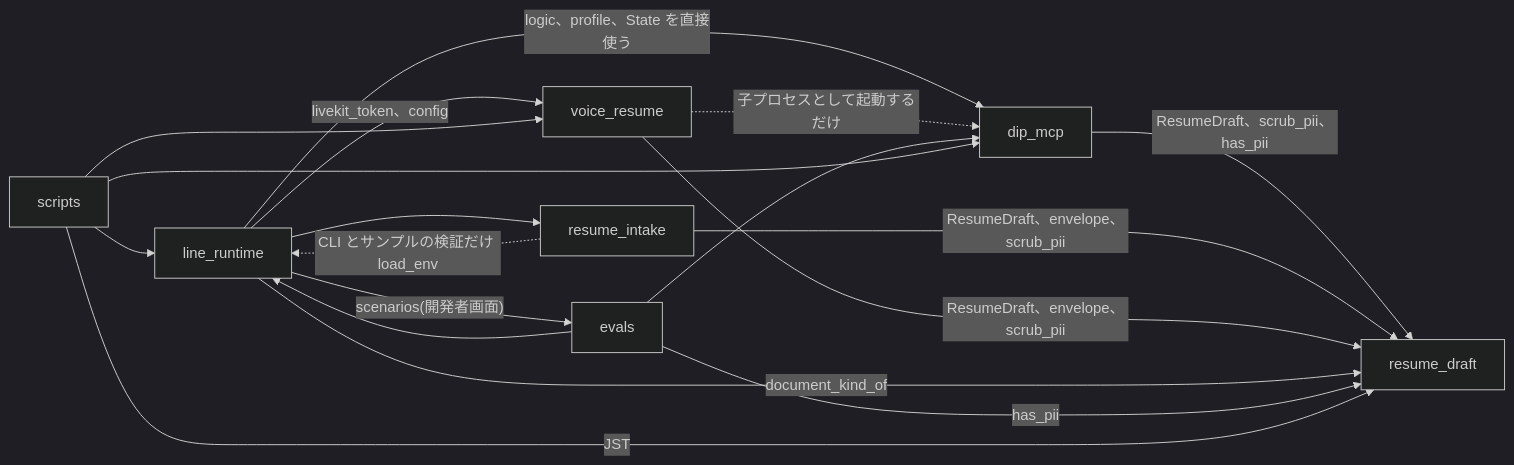
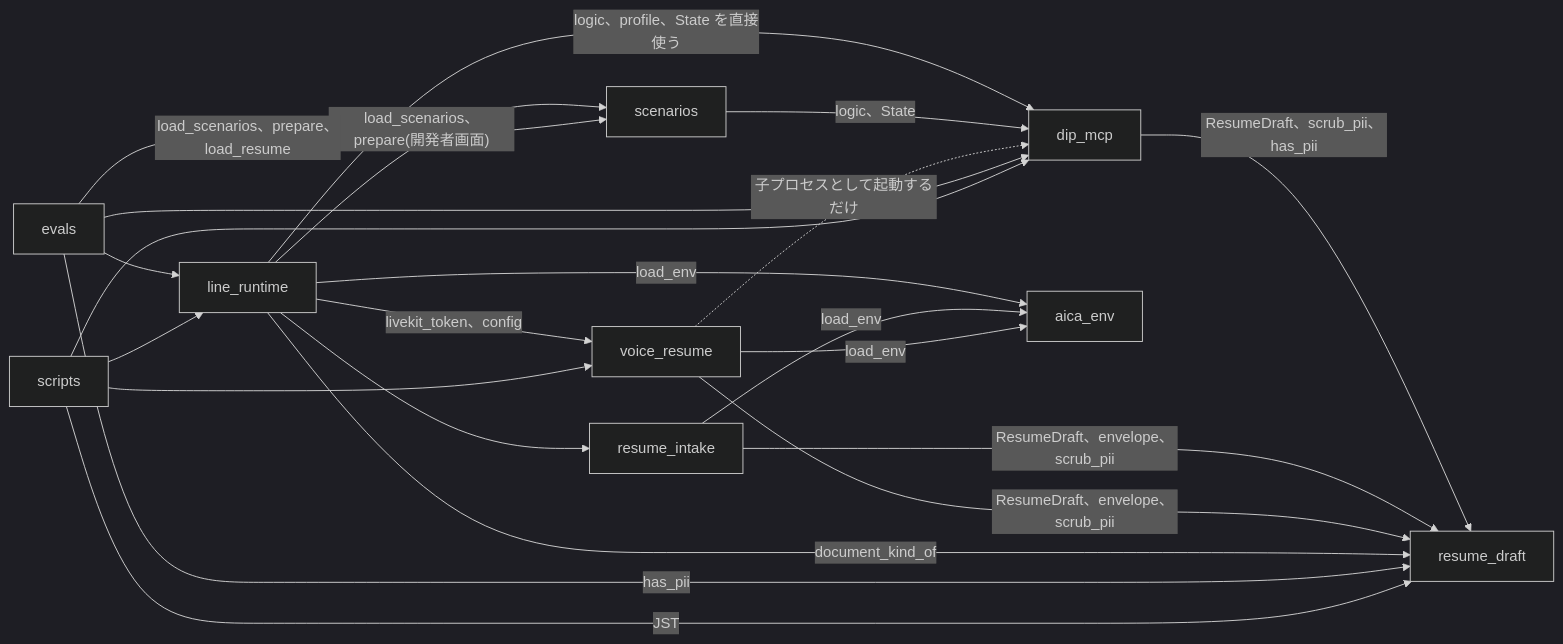
One commit to jyoka/aica changed the third of 8 diagrams in docs/architecture/hld.md. Above: the diagram before and after it, drawn with Mermaid (dark theme). The commit also changed other lines of this file and 30 other files, not shown here.

````diff
--- a/docs/architecture/hld.md
+++ b/docs/architecture/hld.md
@@ -250,28 +250,34 @@
 ```mermaid
 flowchart LR
     lr["line_runtime"]
     dm["dip_mcp"]
     ri["resume_intake"]
     vr["voice_resume"]
     rd["resume_draft"]
     ev["evals"]
     sc["scripts"]
+    sn["scenarios"]
+    ae["aica_env"]
 
     lr -- "logic、profile、State を直接使う" --> dm
-    lr -- "scenarios(開発者画面)" --> ev
+    lr -- "load_scenarios、prepare(開発者画面)" --> sn
+    ev -- "load_scenarios、prepare、load_resume" --> sn
+    sn -- "logic、State" --> dm
     lr --> ri
     lr -- "livekit_token、config" --> vr
     dm -- "ResumeDraft、scrub_pii、has_pii" --> rd
     ri -- "ResumeDraft、envelope、scrub_pii" --> rd
     vr -- "ResumeDraft、envelope、scrub_pii" --> rd
     lr -- "document_kind_of" --> rd
     ev -- "has_pii" --> rd
     sc -- "JST" --> rd
-    ri -. "CLI とサンプルの検証だけ load_env" .-> lr
+    lr -- "load_env" --> ae
+    ri -- "load_env" --> ae
+    vr -- "load_env" --> ae
     vr -. "子プロセスとして起動するだけ" .-> dm
     ev --> lr
     ev --> dm
     sc --> lr
     sc --> dm
     sc --> vr
 ```
````
